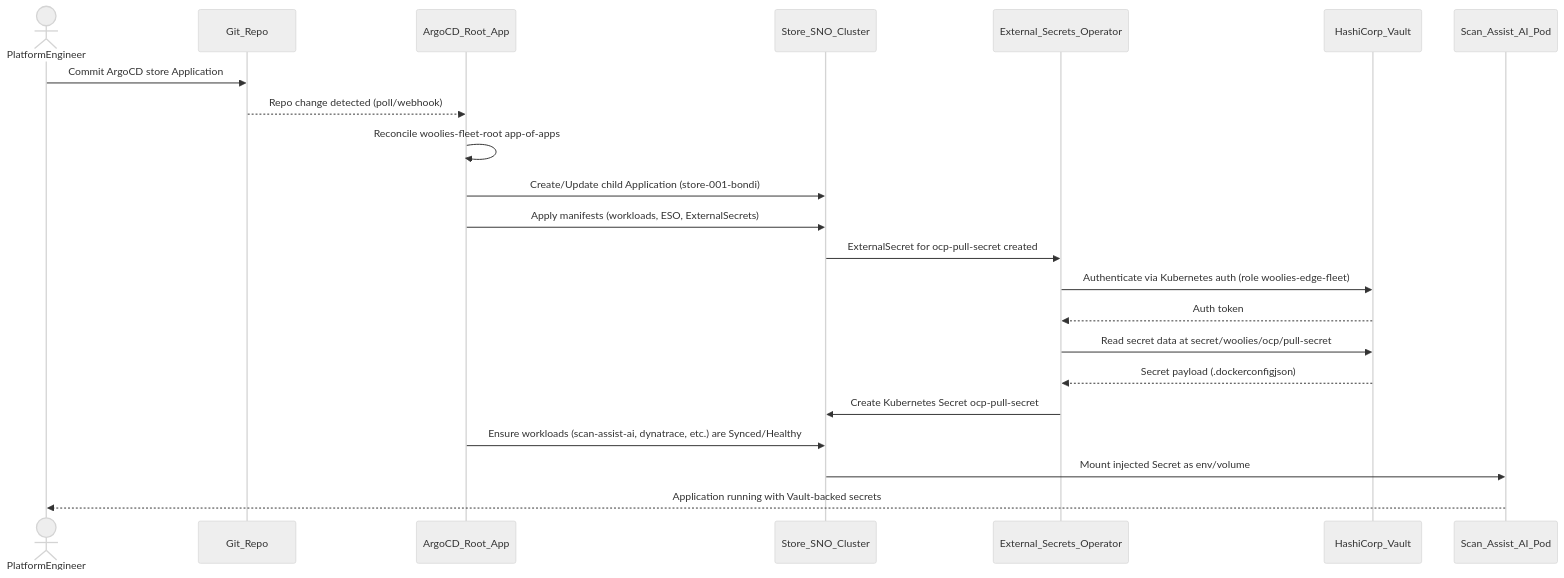
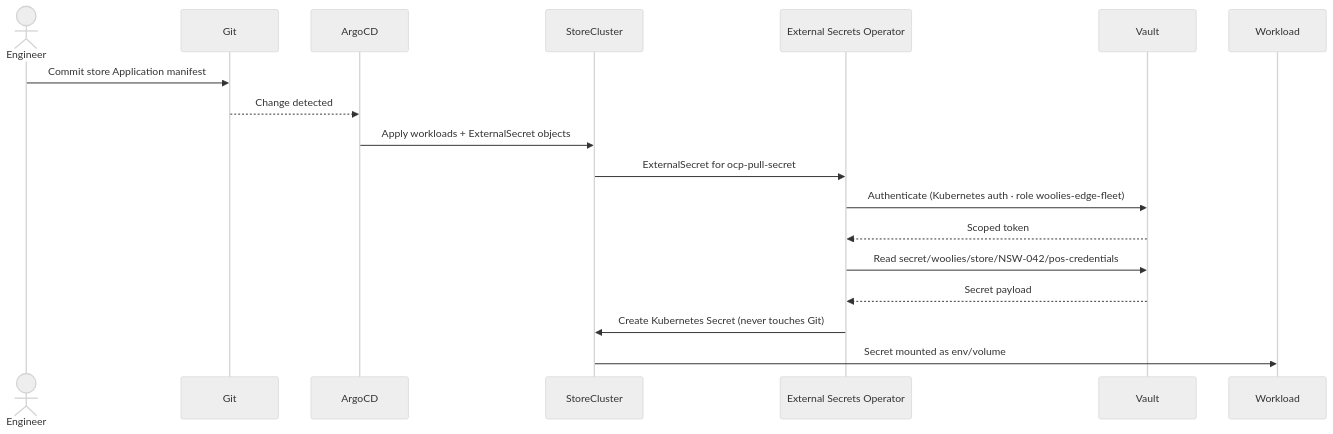
Before and after one commit to niksodavaram/woolies-edge-fleet-ztp-demo: the second of 2 diagrams in README.md, drawn with Mermaid (neutral theme). The commit also changed other lines of this file, not shown here.

````diff
--- a/README.md
+++ b/README.md
@@ -129,27 +424,20 @@
 ```mermaid
 sequenceDiagram
-  actor PlatformEngineer
-  participant GitRepo as Git_Repo
-  participant ArgoCD as ArgoCD_Root_App
-  participant StoreCluster as Store_SNO_Cluster
-  participant ESO as External_Secrets_Operator
-  participant Vault as HashiCorp_Vault
-  participant Workload as Scan_Assist_AI_Pod
-
-  PlatformEngineer->>GitRepo: Commit ArgoCD store Application
-  GitRepo-->>ArgoCD: Repo change detected (poll/webhook)
-  ArgoCD->>ArgoCD: Reconcile woolies-fleet-root app-of-apps
-  ArgoCD->>StoreCluster: Create/Update child Application (store-001-bondi)
-  ArgoCD->>StoreCluster: Apply manifests (workloads, ESO, ExternalSecrets)
-
-  StoreCluster->>ESO: ExternalSecret for ocp-pull-secret created
-  ESO->>Vault: Authenticate via Kubernetes auth (role woolies-edge-fleet)
-  Vault-->>ESO: Auth token
-  ESO->>Vault: Read secret data at secret/woolies/ocp/pull-secret
-  Vault-->>ESO: Secret payload (.dockerconfigjson)
-  ESO->>StoreCluster: Create Kubernetes Secret ocp-pull-secret
-
-  ArgoCD->>StoreCluster: Ensure workloads (scan-assist-ai, dynatrace, etc.) are Synced/Healthy
-  StoreCluster->>Workload: Mount injected Secret as env/volume
-  Workload-->>PlatformEngineer: Application running with Vault-backed secrets
+  actor Engineer
+  participant Git
+  participant ArgoCD
+  participant StoreCluster
+  participant ESO as External Secrets Operator
+  participant Vault
+ 
+  Engineer->>Git: Commit store Application manifest
+  Git-->>ArgoCD: Change detected
+  ArgoCD->>StoreCluster: Apply workloads + ExternalSecret objects
+  StoreCluster->>ESO: ExternalSecret for ocp-pull-secret
+  ESO->>Vault: Authenticate (Kubernetes auth · role woolies-edge-fleet)
+  Vault-->>ESO: Scoped token
+  ESO->>Vault: Read secret/woolies/store/NSW-042/pos-credentials
+  Vault-->>ESO: Secret payload
+  ESO->>StoreCluster: Create Kubernetes Secret (never touches Git)
+  StoreCluster->>Workload: Secret mounted as env/volume
 ```
````
